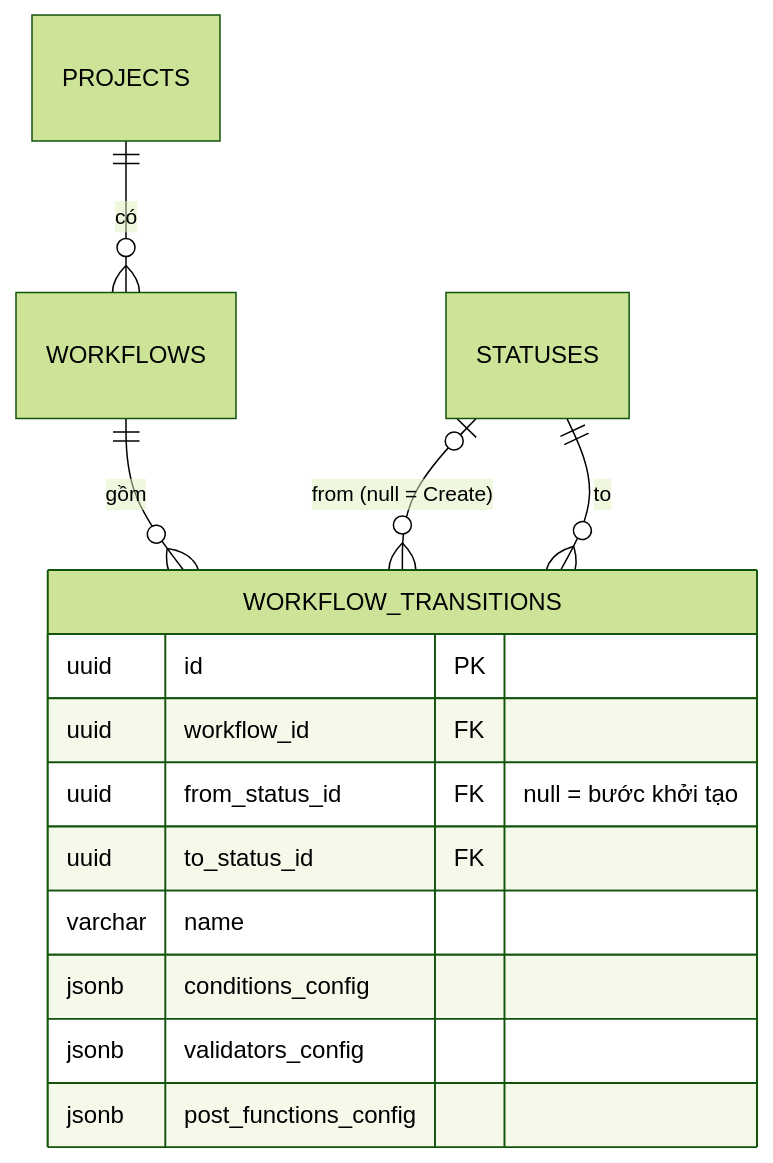
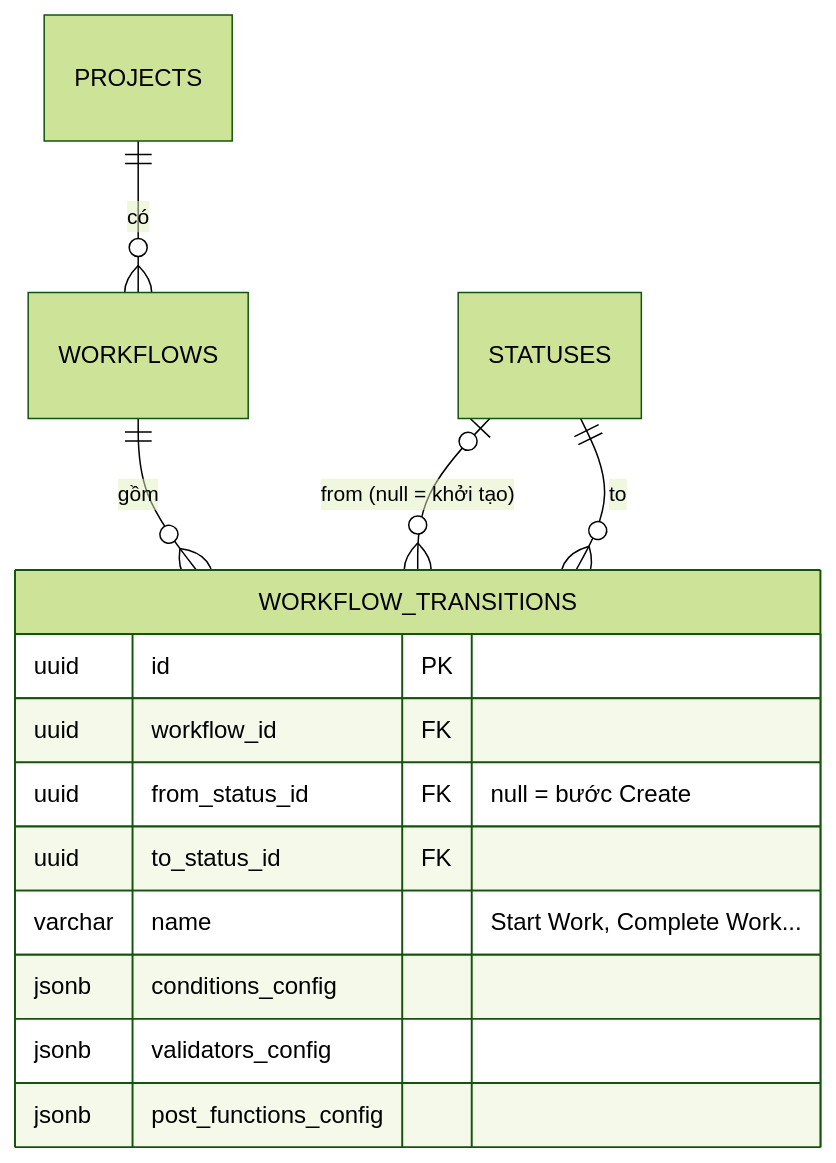
Before and after one commit to Hecker-Chuoi/DATN-2026: the tenth of 22 diagrams in formal_doc/01_QUAN_HE_THUC_THE.md, drawn with Mermaid (forest theme). The commit also changed other lines of this file and 60 other files, not shown here.

````diff
--- a/formal_doc/01_QUAN_HE_THUC_THE.md
+++ b/formal_doc/01_QUAN_HE_THUC_THE.md
@@ -279,17 +307,17 @@
 ```mermaid
 erDiagram
     PROJECTS ||--o{ WORKFLOWS : "có"
     WORKFLOWS ||--o{ WORKFLOW_TRANSITIONS : "gồm"
-    STATUSES |o--o{ WORKFLOW_TRANSITIONS : "from (null = Create)"
+    STATUSES |o--o{ WORKFLOW_TRANSITIONS : "from (null = khởi tạo)"
     STATUSES ||--o{ WORKFLOW_TRANSITIONS : "to"
     WORKFLOW_TRANSITIONS {
         uuid id PK
         uuid workflow_id FK
-        uuid from_status_id FK "null = bước khởi tạo"
+        uuid from_status_id FK "null = bước Create"
         uuid to_status_id FK
-        varchar name
+        varchar name "Start Work, Complete Work..."
         jsonb conditions_config
         jsonb validators_config
         jsonb post_functions_config
     }
 ```
````
